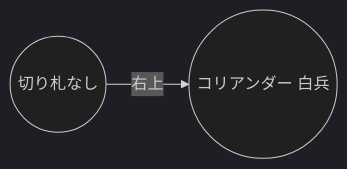
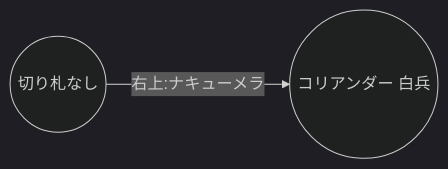
Before and after one commit to azumag/hanjuku-sfc-speedrun: the first of 3 diagrams in README.md, drawn with Mermaid (dark theme). The commit also changed other lines of this file, not shown here.

````diff
--- a/README.md
+++ b/README.md
@@ -3,5 +3,5 @@
 ```mermaid
 graph LR
-	A((切り札なし))--右上-->B((コリアンダー 白兵))
+	A((切り札なし))--右上:ナキューメラ-->B((コリアンダー 白兵))
 	
 ```
````
